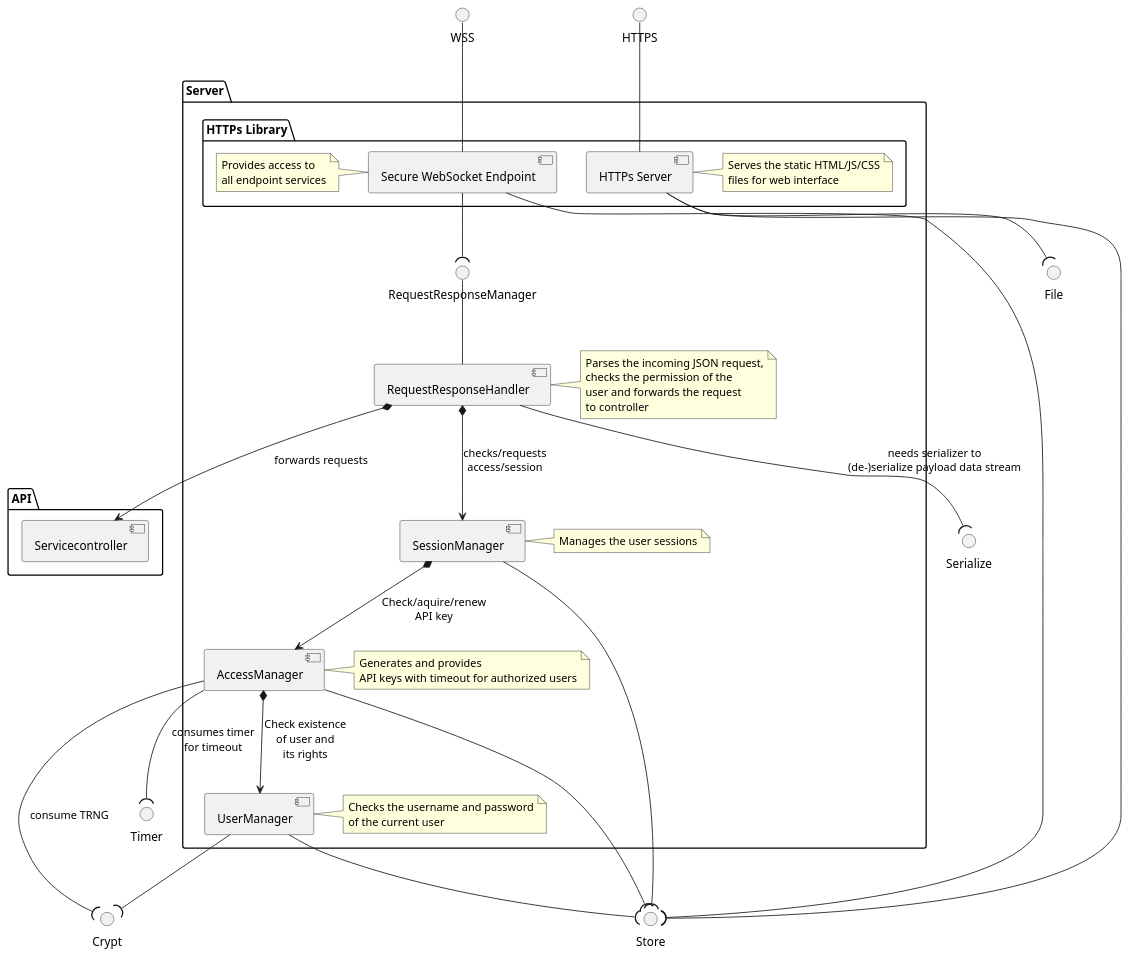
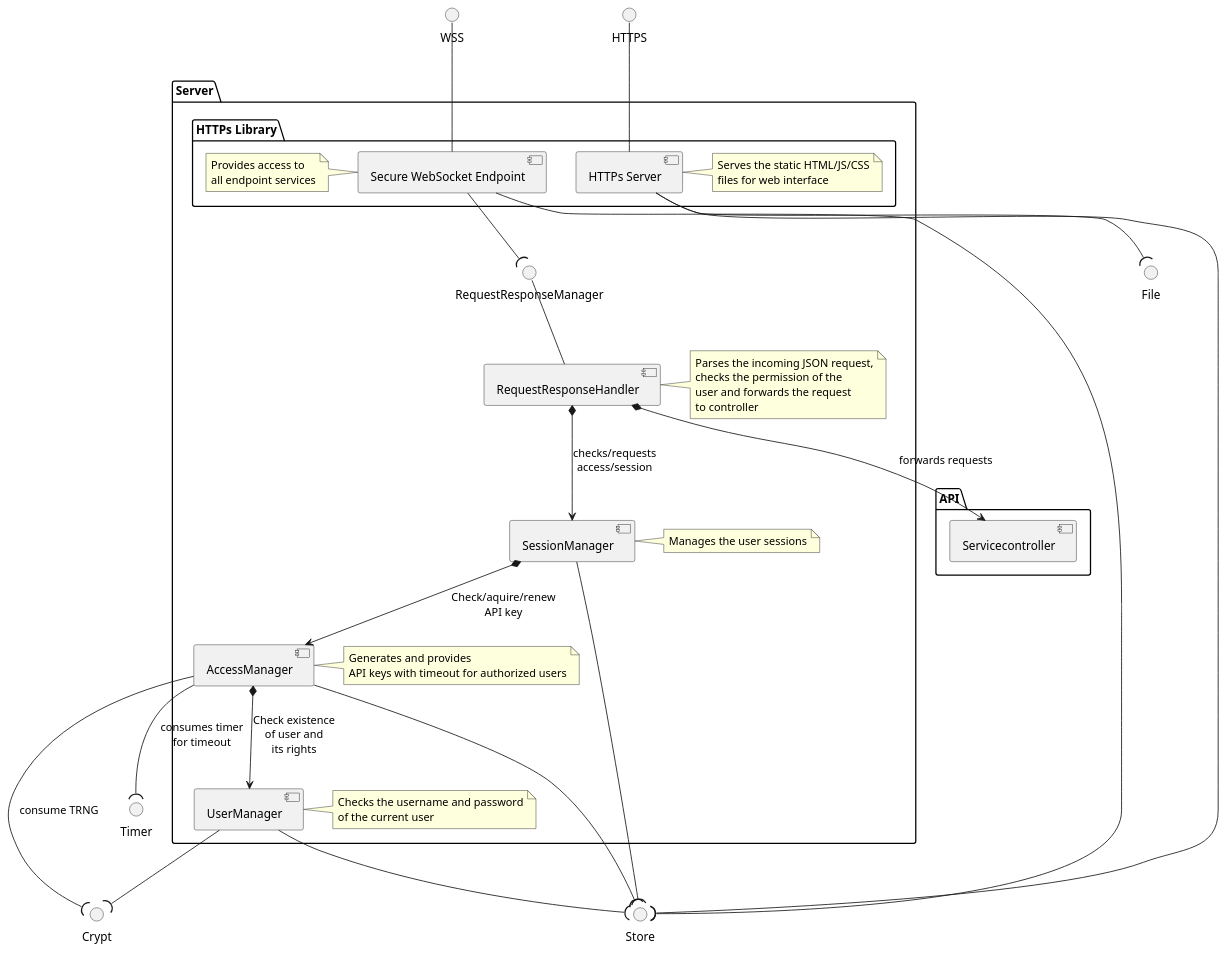
The diagram in doc/architecture/server/04_Server.plantuml (NewTec-GmbH/ZumoComSystem), drawn with PlantUML before and after one commit. The commit also changed 17 other files, not shown here.

```diff
--- a/doc/architecture/server/04_Server.plantuml
+++ b/doc/architecture/server/04_Server.plantuml
@@ -1,58 +1,56 @@
 @startuml
 interface "WSS" as WSS
 interface "HTTPS" as HTTPS
 
 interface "File" as File
 interface "Crypt" as Crypt
 interface "Store" as Store
-interface "Serialize" as Serialize
 interface "Timer" as Timer
 
 package "API" as api {
     component "Servicecontroller" as servicecontroller
 }
 
 package Server {
     package "HTTPs Library" {
         component "HTTPs Server" as https
         component "Secure WebSocket Endpoint" as wss
 
         note right of https : Serves the static HTML/JS/CSS\nfiles for web interface
         note left of wss : Provides access to\nall endpoint services
 
         wss -up- WSS
         https -up- HTTPS
 
         https -down-(File
         https -down-(Store
     }
 
     component "SessionManager" as sessionsmgmt
     component "AccessManager" as accessmgmt
     component "UserManager" as usermgmt
     component "RequestResponseHandler" as requesthandler
 
     note right of sessionsmgmt : Manages the user sessions
     note right of accessmgmt : Generates and provides\nAPI keys with timeout for authorized users
     note right of requesthandler : Parses the incoming JSON request,\nchecks the permission of the\nuser and forwards the request\nto controller
     note right of usermgmt : Checks the username and password\nof the current user
 
     interface "RequestResponseManager" as Request
     requesthandler -up- Request
 
     requesthandler *--> servicecontroller : forwards requests
     requesthandler *--> sessionsmgmt : checks/requests\naccess/session
     sessionsmgmt *--> accessmgmt : Check/aquire/renew\nAPI key
     accessmgmt *--> usermgmt : Check existence\nof user and\nits rights
 
     wss -down-(Request
     wss -down-(Store
     sessionsmgmt -down-(Store
-    requesthandler -down-(Serialize : needs serializer to\n(de-)serialize payload data stream
     accessmgmt -down-(Store
     accessmgmt -down-(Crypt : consume TRNG
     accessmgmt -down-(Timer : consumes timer\nfor timeout
     usermgmt -down-(Store
     usermgmt -down-(Crypt
 }
 @enduml
```
